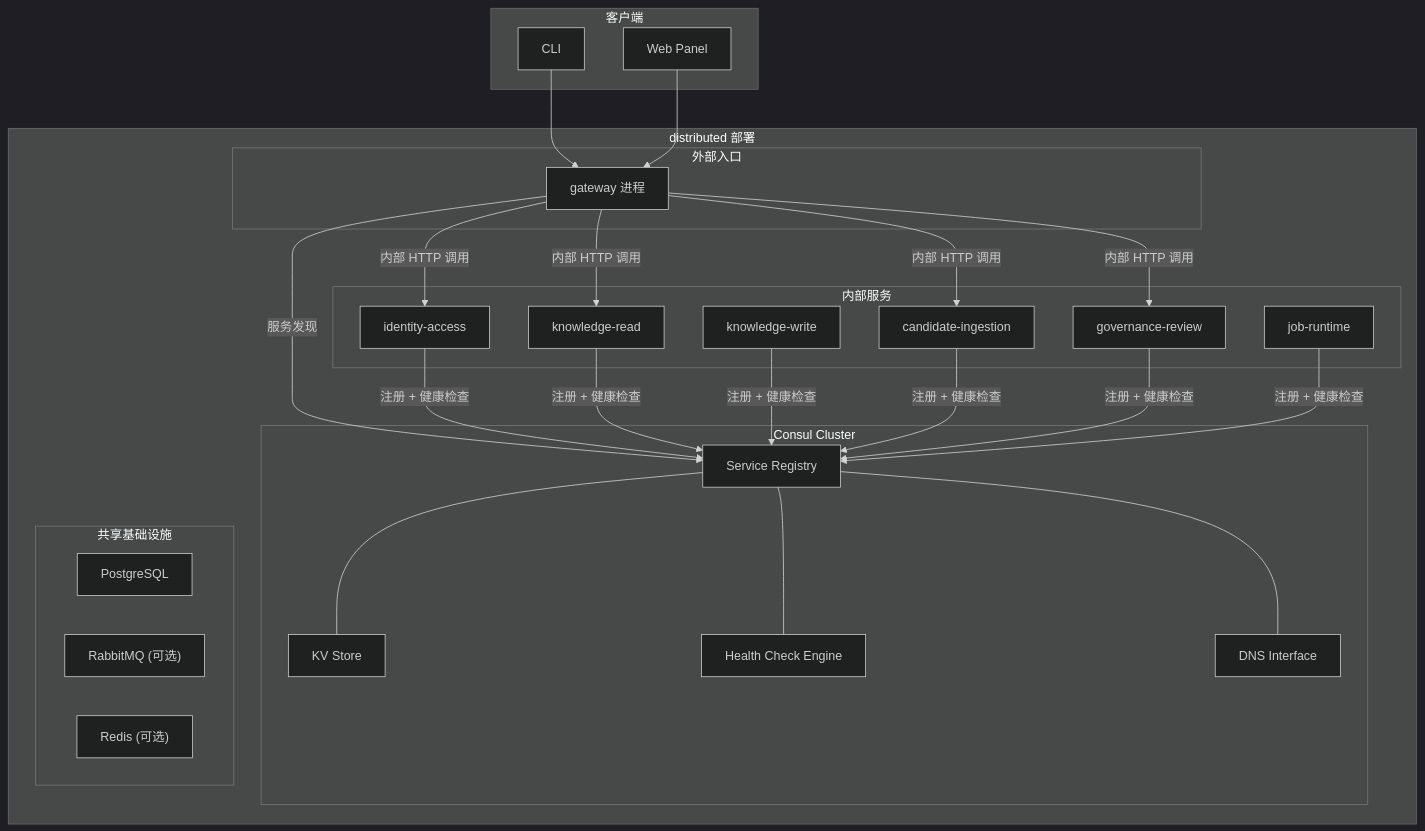
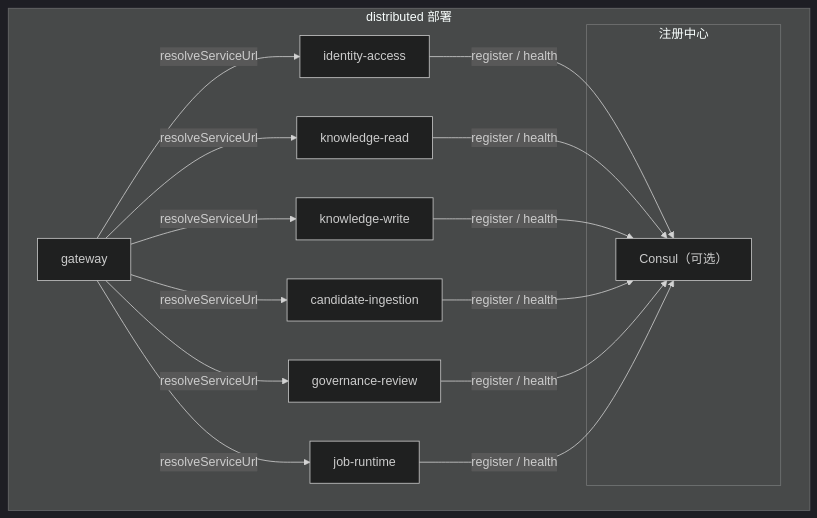
One commit to pofossette/TrapMap-for-vibing changed the diagram in docs/architecture/SERVICE-DISCOVERY.md. Above: the diagram before and after it, drawn with Mermaid (dark theme). The commit also changed other lines of this file and 10 other files, not shown here.

First line of the commit message:
docs: sync architecture docs and zh-cn terminology

````diff
--- a/docs/architecture/SERVICE-DISCOVERY.md
+++ b/docs/architecture/SERVICE-DISCOVERY.md
@@ -24,55 +28,30 @@
 ```mermaid
 flowchart TB
-    subgraph distributed 部署["distributed 部署"]
-        subgraph 外部入口
-            GW["gateway 进程"]
-        end
+    subgraph distributed 部署
+        GW["gateway"]
+        ID["identity-access"]
+        KR["knowledge-read"]
+        KW["knowledge-write"]
+        CI["candidate-ingestion"]
+        GR["governance-review"]
+        JR["job-runtime"]
 
-        subgraph 内部服务
-            ID["identity-access"]
-            KR["knowledge-read"]
-            KW["knowledge-write"]
-            CI["candidate-ingestion"]
-            GR["governance-review"]
-            JR["job-runtime"]
-        end
-
-        subgraph 注册中心["Consul Cluster"]
-            CONSUL_REGISTRY["Service Registry"]
-            CONSUL_KV["KV Store"]
-            CONSUL_HC["Health Check Engine"]
-            CONSUL_DNS["DNS Interface"]
-        end
-
-        subgraph 基础设施["共享基础设施"]
-            PG["PostgreSQL"]
-            MQ["RabbitMQ (可选)"]
-            REDIS["Redis (可选)"]
+        subgraph 注册中心
+            CONSUL["Consul（可选）"]
         end
     end
 
-    subgraph 客户端
-        CLI["CLI"]
-        WEB["Web Panel"]
-    end
+    GW -->|resolveServiceUrl| ID
+    GW -->|resolveServiceUrl| KR
+    GW -->|resolveServiceUrl| KW
+    GW -->|resolveServiceUrl| CI
+    GW -->|resolveServiceUrl| GR
+    GW -->|resolveServiceUrl| JR
 
-    CLI --> GW
-    WEB --> GW
-
-    GW -->|服务发现| CONSUL_REGISTRY
-    ID -->|注册 + 健康检查| CONSUL_REGISTRY
-    KR -->|注册 + 健康检查| CONSUL_REGISTRY
-    KW -->|注册 + 健康检查| CONSUL_REGISTRY
-    CI -->|注册 + 健康检查| CONSUL_REGISTRY
-    GR -->|注册 + 健康检查| CONSUL_REGISTRY
-    JR -->|注册 + 健康检查| CONSUL_REGISTRY
-
-    CONSUL_REGISTRY --- CONSUL_HC
-    CONSUL_REGISTRY --- CONSUL_KV
-    CONSUL_REGISTRY --- CONSUL_DNS
-
-    GW -->|内部 HTTP 调用| ID
-    GW -->|内部 HTTP 调用| KR
-    GW -->|内部 HTTP 调用| CI
-    GW -->|内部 HTTP 调用| GR
+    ID -->|register / health| CONSUL
+    KR -->|register / health| CONSUL
+    KW -->|register / health| CONSUL
+    CI -->|register / health| CONSUL
+    GR -->|register / health| CONSUL
+    JR -->|register / health| CONSUL
 ```
````
